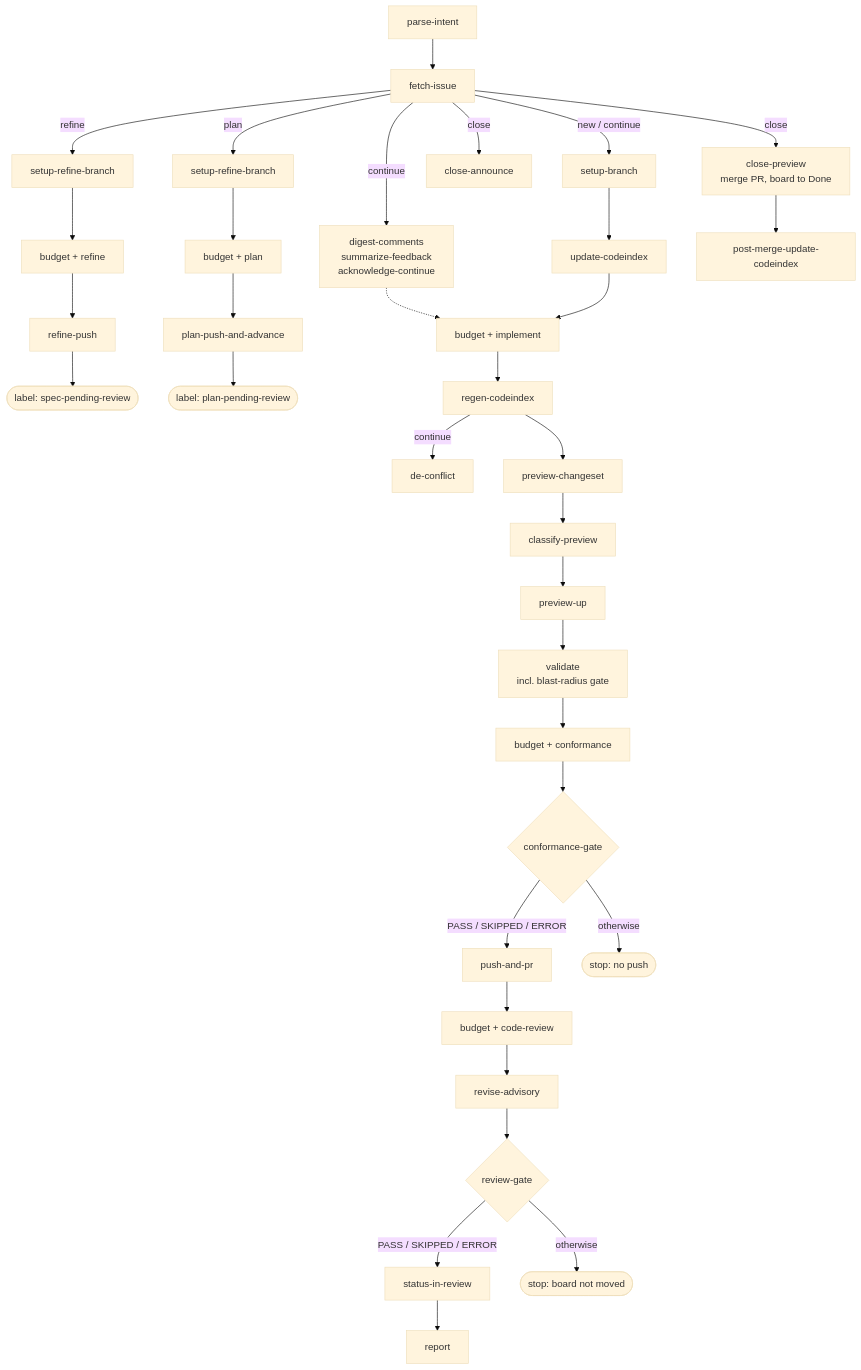
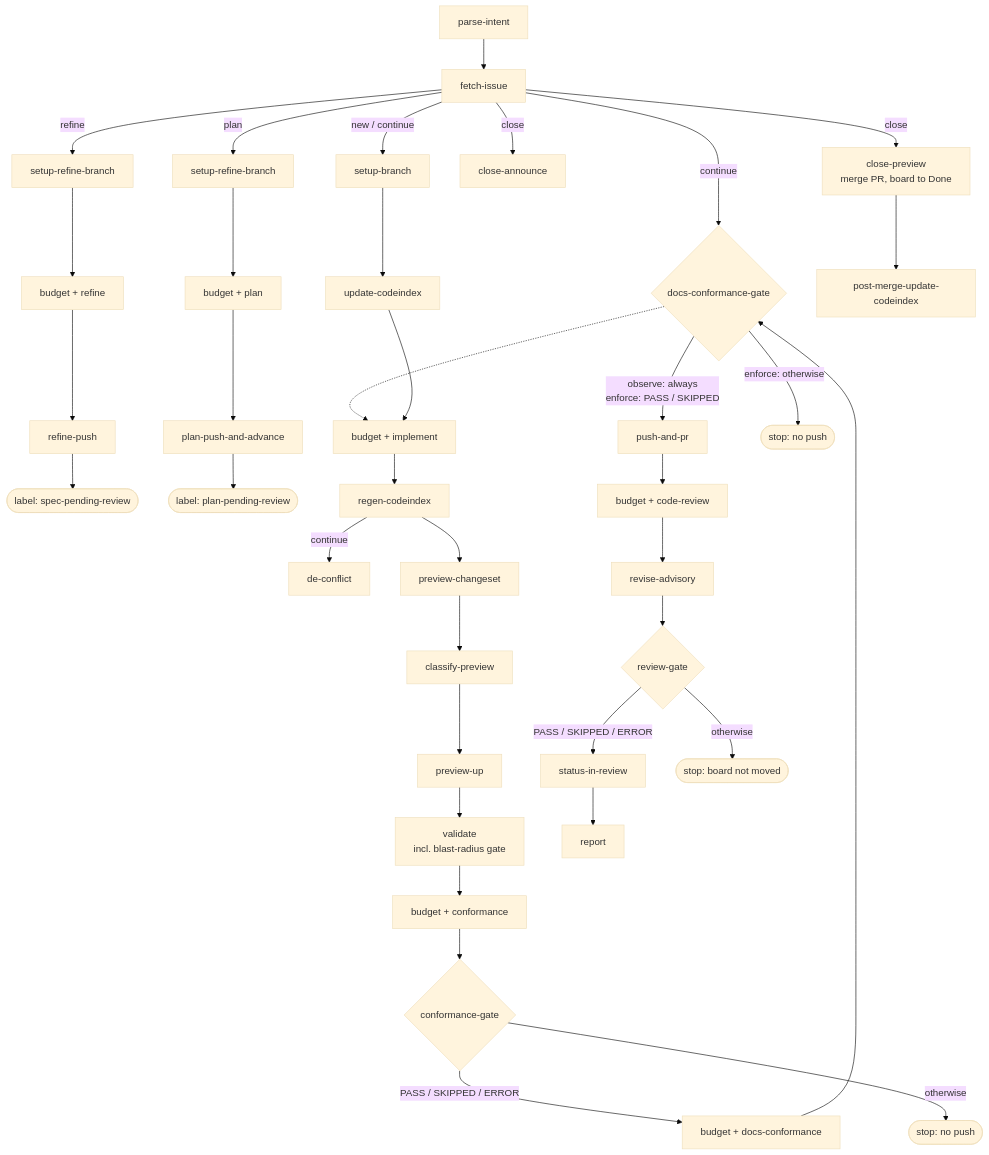
The diagram in docs/run-lifecycle.md (omniscient/dark-factory), drawn with Mermaid (base theme) before and after one commit. The commit also changed other lines of this file and 6 other files, not shown here.

Commit message:
docs: document Gate 2.5 docs-conformance and its recovery path (#535)

````diff
--- a/docs/run-lifecycle.md
+++ b/docs/run-lifecycle.md
@@ -235,30 +235,32 @@
 ```mermaid
 flowchart TD
     PI[parse-intent] --> FI[fetch-issue]
 
     FI -->|refine| RB[setup-refine-branch]
     RB --> RF["budget + refine"] --> RP[refine-push]
     RP --> SPR(["label: spec-pending-review"])
 
     FI -->|plan| PB[setup-refine-branch]
     PB --> PL["budget + plan"] --> PP[plan-push-and-advance]
     PP --> PPR(["label: plan-pending-review"])
 
     FI -->|continue| DG["digest-comments<br/>summarize-feedback<br/>acknowledge-continue"]
     FI -->|"new / continue"| SB[setup-branch]
     DG -.-> IM
     SB --> UC[update-codeindex] --> IM["budget + implement"]
     IM --> RC[regen-codeindex]
     RC -->|continue| DC[de-conflict]
     RC --> PC[preview-changeset] --> CP[classify-preview] --> PU[preview-up]
     PU --> VA["validate<br/>incl. blast-radius gate"]
     VA --> CF["budget + conformance"] --> CG{conformance-gate}
-    CG -->|"PASS / SKIPPED / ERROR"| PR[push-and-pr]
+    CG -->|"PASS / SKIPPED / ERROR"| DF["budget + docs-conformance"] --> DG{docs-conformance-gate}
     CG -->|otherwise| STOP1(["stop: no push"])
+    DG -->|"observe: always<br/>enforce: PASS / SKIPPED"| PR[push-and-pr]
+    DG -->|"enforce: otherwise"| STOP3(["stop: no push"])
     PR --> CR["budget + code-review"] --> RA[revise-advisory] --> RG{review-gate}
     RG -->|"PASS / SKIPPED / ERROR"| SR[status-in-review] --> RE[report]
     RG -->|otherwise| STOP2(["stop: board not moved"])
 
     FI -->|close| CA[close-announce]
     FI -->|close| CL["close-preview<br/>merge PR, board to Done"] --> PM[post-merge-update-codeindex]
 ```
````
